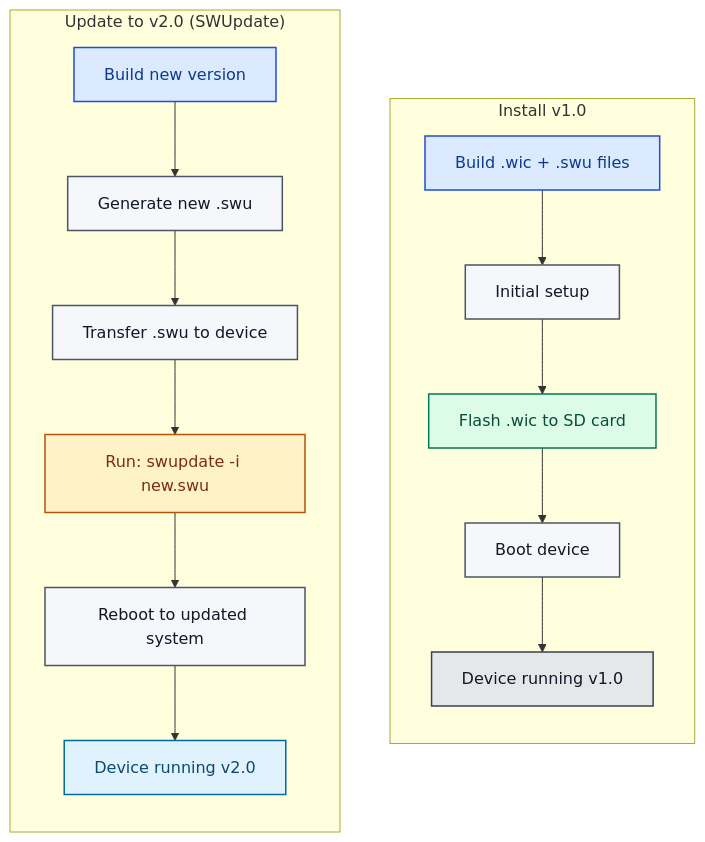
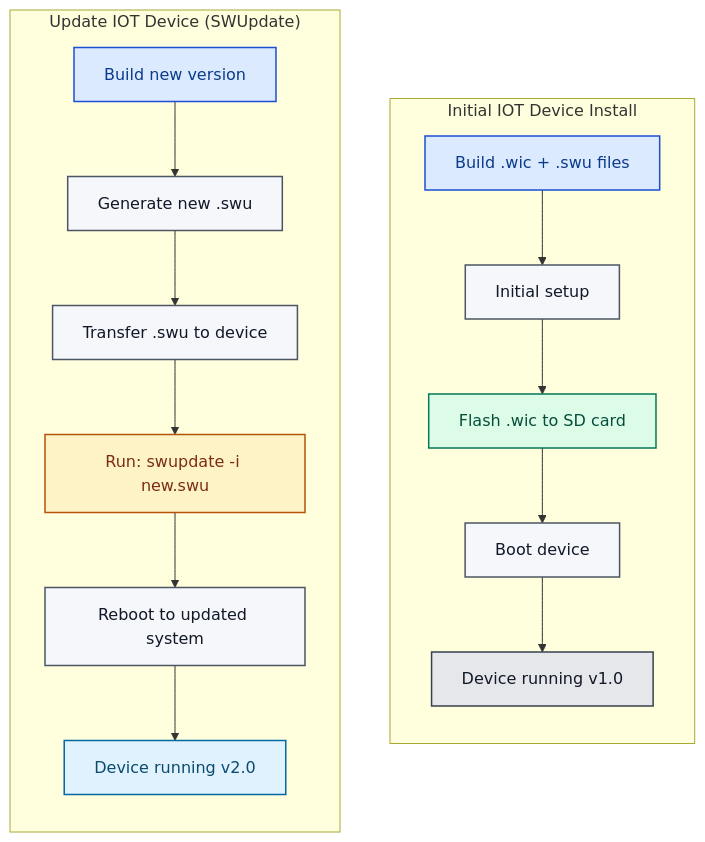
One commit to DGAM-PR/meta-iot2050-DGAM-PR changed the diagram in README-DGAM-PR.md. Above: the diagram before and after it, drawn with Mermaid.

Commit message:
fixed flow titles

````diff
--- a/README-DGAM-PR.md
+++ b/README-DGAM-PR.md
@@ -9,34 +9,34 @@
 ```mermaid
 flowchart TD
 
-  %% --- Workflow 1: Install v1.0 ---
-  subgraph V1["Install v1.0"]
+  %% --- Workflow 1: Initial IOT Device Install ---
+  subgraph V1["Initial IOT Device Install"]
     direction TB
     A[Build .wic + .swu files]:::build --> B[Initial setup]:::normal
     B --> C[Flash .wic to SD card]:::flash
     C --> D[Boot device]:::normal
     D --> E[Device running v1.0]:::state
   end
 
-  %% --- Workflow 2: Update to v2.0 ---
-  subgraph V2["Update to v2.0 (SWUpdate)"]
+  %% --- Workflow 2: Update IO Device ---
+  subgraph V2["Update IOT Device (SWUpdate)"]
     direction TB
     F[Build new version]:::build --> G[Generate new .swu]:::normal
     G --> H[Transfer .swu to device]:::normal
     H --> I[Run: swupdate -i new.swu]:::action
     I --> J[Reboot to updated system]:::normal
     J --> K[Device running v2.0]:::state2
   end
 
   %% Optional: show that these are independent by NOT connecting V1 and V2
   %% If you want a light hint of relation without merging flows, uncomment:
   %% E -. reference only .-> F
 
   %% Styles for readability in light/dark GitHub themes
   classDef build fill:#dbeafe,stroke:#1d4ed8,stroke-width:1.5px,color:#0b3b8a;
   classDef normal fill:#f5f7fa,stroke:#4b5563,stroke-width:1.5px,color:#111827;
   classDef flash fill:#dcfce7,stroke:#047857,stroke-width:1.5px,color:#064e3b;
   classDef action fill:#fef3c7,stroke:#b45309,stroke-width:1.5px,color:#7c2d12;
   classDef state fill:#e5e7eb,stroke:#374151,stroke-width:1.5px,color:#111827;
   classDef state2 fill:#e0f2fe,stroke:#0369a1,stroke-width:1.5px,color:#0c4a6e;
 ```
````
